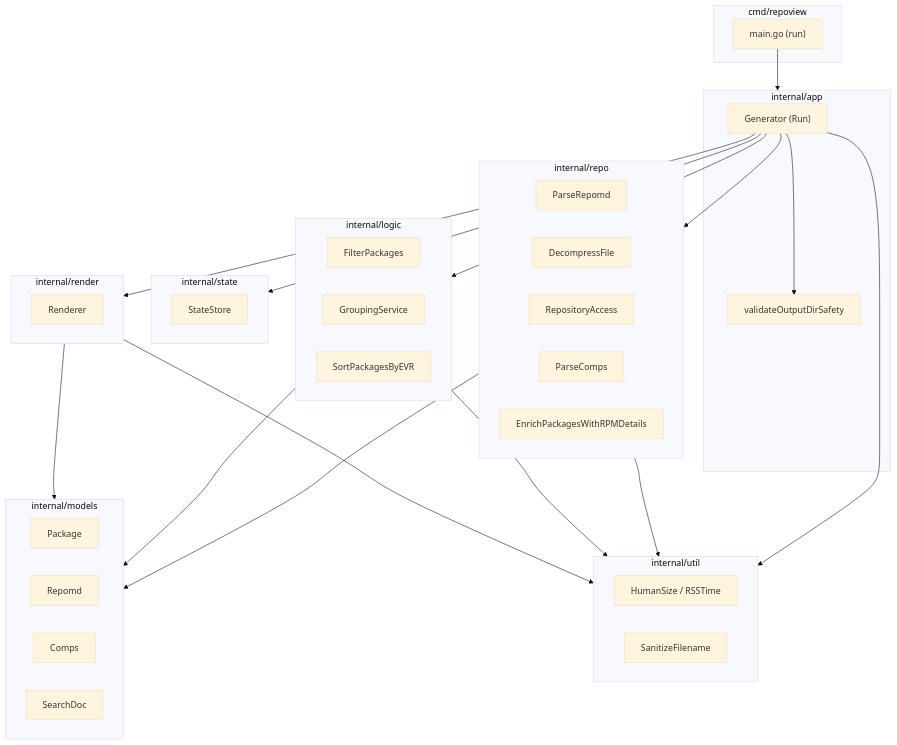
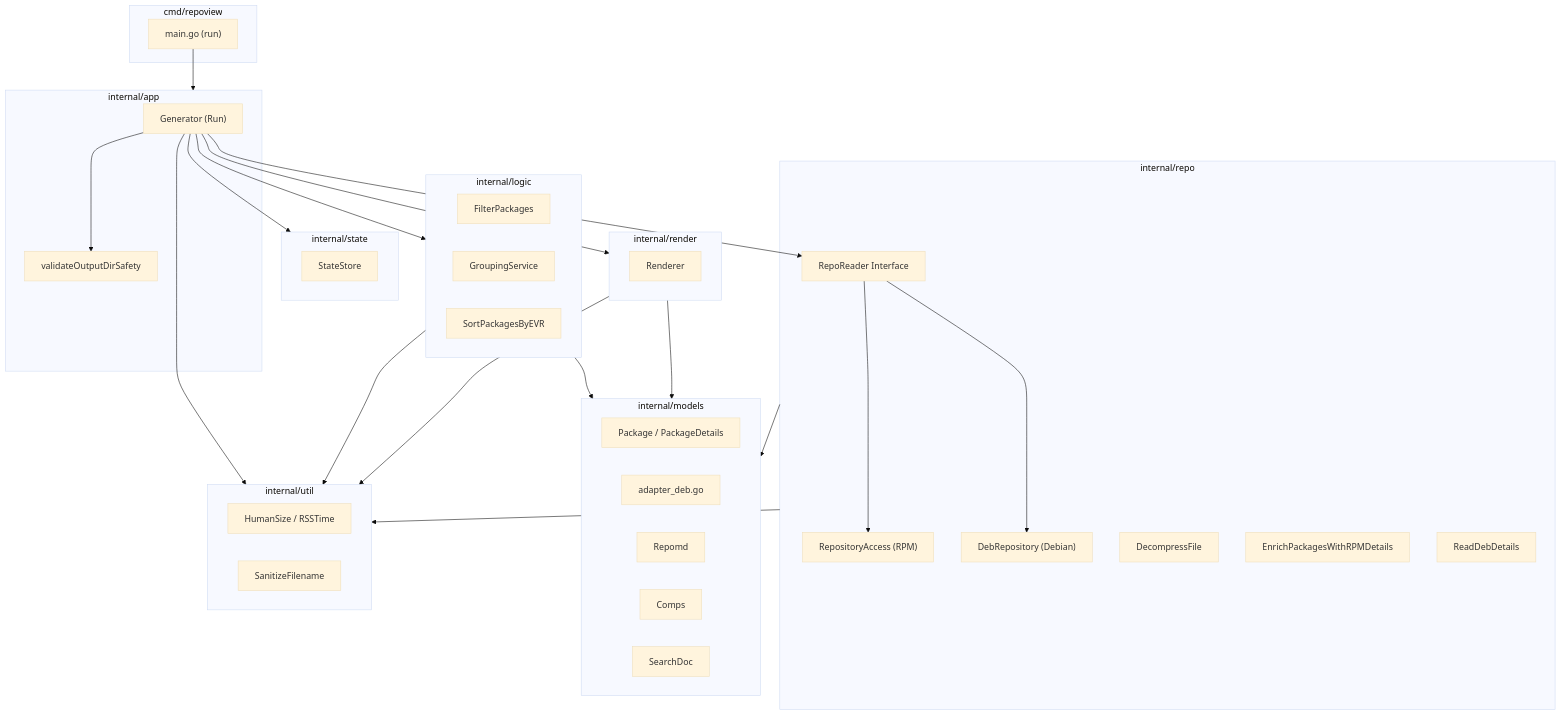
Before and after one commit to edsilegxrepo/repoview-go: the second of 5 diagrams in ARCHITECTURE.md, drawn with Mermaid (base theme). The commit also changed other lines of this file and 53 other files, not shown here.

````diff
--- a/ARCHITECTURE.md
+++ b/ARCHITECTURE.md
@@ -212,60 +231,64 @@
 ```mermaid
 graph TD
     subgraph CMD["cmd/repoview"]
         MAIN["main.go (run)"]
     end
 
     subgraph APP["internal/app"]
         GEN["Generator (Run)"]
         SAFETY["validateOutputDirSafety"]
     end
 
     subgraph REPO["internal/repo"]
-        REPOMD["ParseRepomd"]
+        READER["RepoReader Interface"]
+        SQLITE["RepositoryAccess (RPM)"]
+        DEB_REPO["DebRepository (Debian)"]
         DECOMP["DecompressFile"]
-        SQLITE["RepositoryAccess"]
-        COMPS_PARSER["ParseComps"]
         RPM["EnrichPackagesWithRPMDetails"]
+        DEB_DET["ReadDebDetails"]
     end
 
     subgraph LOGIC["internal/logic"]
         FILTER["FilterPackages"]
         GROUPING["GroupingService"]
         SORTING["SortPackagesByEVR"]
     end
 
     subgraph MODELS["internal/models"]
-        PKG["Package"]
+        PKG["Package / PackageDetails"]
+        ADAPTER_DEB["adapter_deb.go"]
         REPOMD_M["Repomd"]
         COMPS_M["Comps"]
         SEARCH_M["SearchDoc"]
     end
 
     subgraph STATE["internal/state"]
         STORE["StateStore"]
     end
 
     subgraph RENDER["internal/render"]
         RENDERER["Renderer"]
     end
 
     subgraph UTIL["internal/util"]
         FMT["HumanSize / RSSTime"]
         SAN["SanitizeFilename"]
     end
 
     MAIN --> APP
     GEN --> SAFETY
-    GEN --> REPO
+    GEN --> READER
+    READER --> SQLITE
+    READER --> DEB_REPO
     GEN --> LOGIC
     GEN --> STATE
     GEN --> RENDER
     GEN --> UTIL
 
     REPO --> MODELS
     REPO --> UTIL
     LOGIC --> MODELS
     LOGIC --> UTIL
     RENDER --> MODELS
     RENDER --> UTIL
 ```
````
